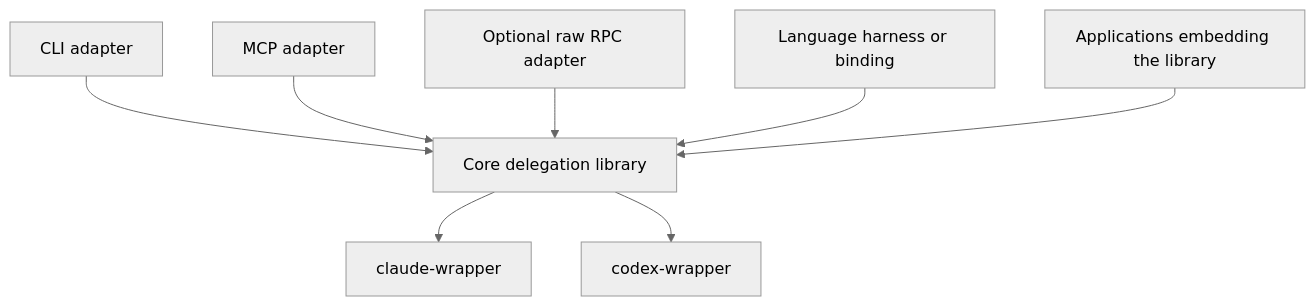
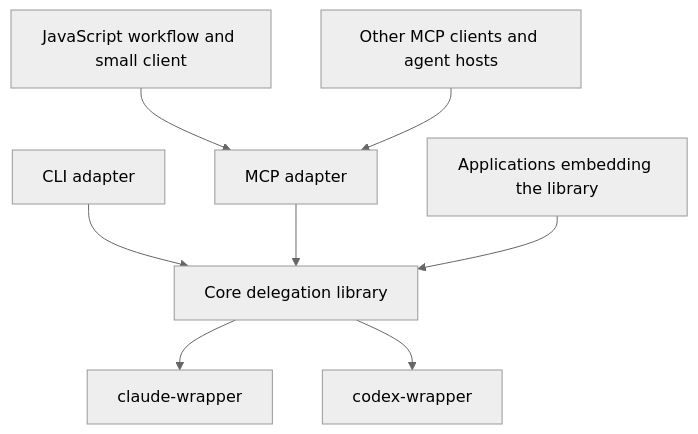
The diagram in docs/delegation-interface.md (joshrotenberg/due), drawn with Mermaid (neutral theme) before and after one commit. The commit also changed other lines of this file and 1 other file, not shown here.

Commit message:
docs: select CLI and MCP with an external JavaScript client

````diff
--- a/docs/delegation-interface.md
+++ b/docs/delegation-interface.md
@@ -21,10 +34,10 @@
 ```mermaid
 flowchart TB
     CLI[CLI adapter] --> Core[Core delegation library]
-    MCP[MCP adapter] --> Core
-    Raw[Optional raw RPC adapter] --> Core
-    Harness[Language harness or binding] --> Core
+    JS[JavaScript workflow and small client] --> MCP[MCP adapter]
+    Other[Other MCP clients and agent hosts] --> MCP
+    MCP --> Core
     App[Applications embedding the library] --> Core
     Core --> Claude[claude-wrapper]
     Core --> Codex[codex-wrapper]
 ```
````
